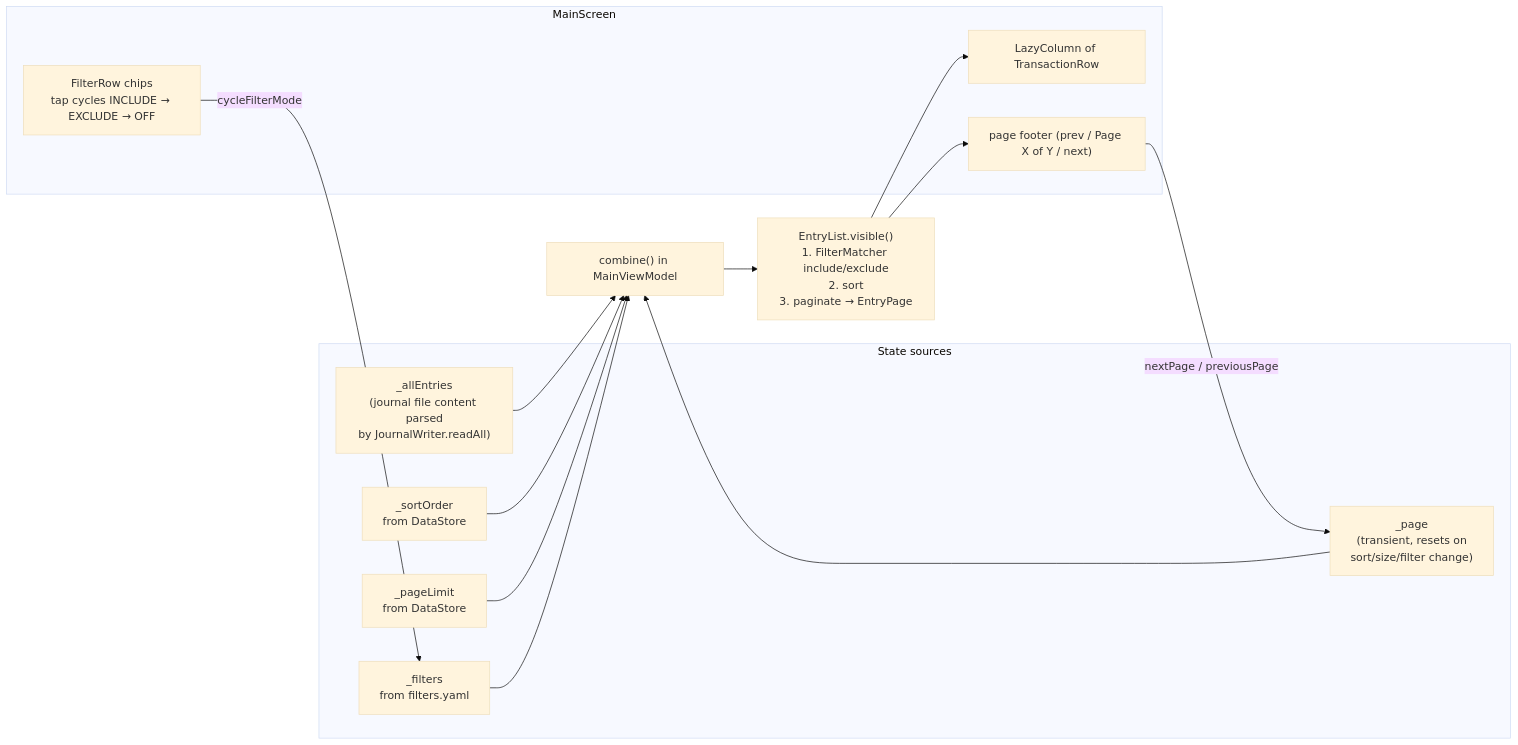
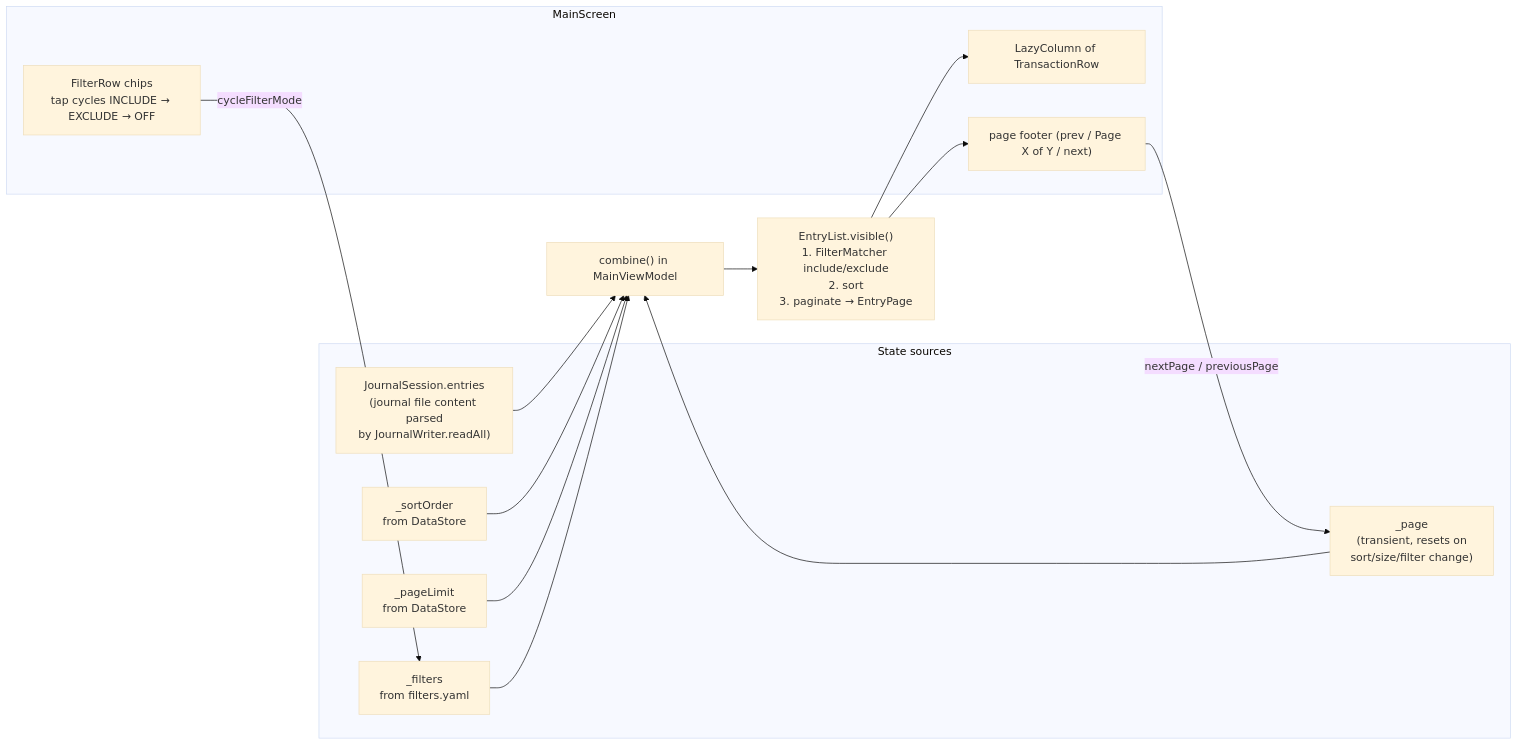
Before and after one commit to ukizet/NotifLedger: the fourth of 8 diagrams in docs/architecture.md, drawn with Mermaid (base theme). The commit also changed other lines of this file and 40 other files, not shown here.

````diff
--- a/docs/architecture.md
+++ b/docs/architecture.md
@@ -158,29 +163,29 @@
 ```mermaid
 flowchart LR
     subgraph sources["State sources"]
-        entries["_allEntries<br/>(journal file content parsed<br/>by JournalWriter.readAll)"]
+        entries["JournalSession.entries<br/>(journal file content parsed<br/>by JournalWriter.readAll)"]
         sort["_sortOrder<br/>from DataStore"]
         limit["_pageLimit<br/>from DataStore"]
         filters["_filters<br/>from filters.yaml"]
         page["_page<br/>(transient, resets on<br/>sort/size/filter change)"]
     end
 
     combine["combine() in MainViewModel"]
     visible["EntryList.visible()<br/>1. FilterMatcher include/exclude<br/>2. sort<br/>3. paginate → EntryPage"]
 
     subgraph screen["MainScreen"]
         list["LazyColumn of TransactionRow"]
         pager["page footer (prev / Page X of Y / next)"]
         chips["FilterRow chips<br/>tap cycles INCLUDE → EXCLUDE → OFF"]
     end
 
     entries --> combine
     sort --> combine
     limit --> combine
     filters --> combine
     page --> combine
     combine --> visible --> list
     visible --> pager
     chips -->|cycleFilterMode| filters
     pager -->|nextPage / previousPage| page
 ```
````
